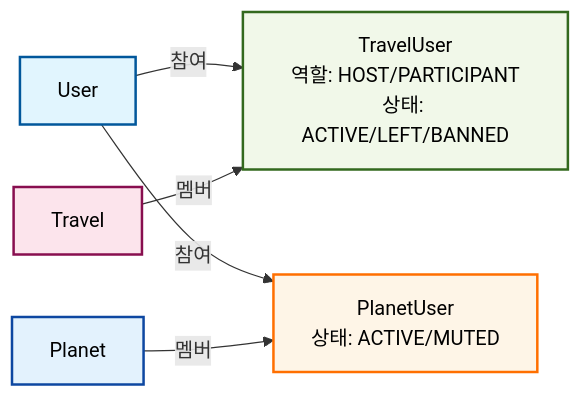
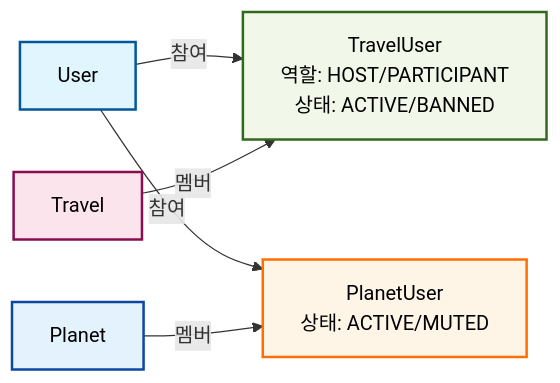
The fourth of 6 diagrams in .md/entity-relationship-diagram.md (maximizest/connecto-nest), drawn with Mermaid before and after one commit. The commit also changed other lines of this file and 3 other files, not shown here.

Commit message:
여행 사용자 엔티티에서 LEFT 상태 제거 및 역할/상태 정의 변경: TravelUser 엔티티의 상태를 ACTIVE/BANNED로 단순화하고, 관련 필드를 제거하여 데이터 모델을 개선함. 마이그레이션 파일을 추가하여 데이터베이스 구조를 업데이트하고, 관련 문서에서 변경 사항을 반영함.

````diff
--- a/.md/entity-relationship-diagram.md
+++ b/.md/entity-relationship-diagram.md
@@ -86,19 +86,19 @@
 ```mermaid
 graph LR
     User[User]
     Travel[Travel]
     Planet[Planet]
-    TravelUser[TravelUser<br/>역할: HOST/PARTICIPANT<br/>상태: ACTIVE/LEFT/BANNED]
+    TravelUser[TravelUser<br/>역할: HOST/PARTICIPANT<br/>상태: ACTIVE/BANNED]
     PlanetUser[PlanetUser<br/>상태: ACTIVE/MUTED]
     
     User -->|참여| TravelUser
     Travel -->|멤버| TravelUser
     User -->|참여| PlanetUser
     Planet -->|멤버| PlanetUser
     
     style User fill:#e1f5fe,stroke:#01579b,stroke-width:2px,color:#000
     style Travel fill:#fce4ec,stroke:#880e4f,stroke-width:2px,color:#000
     style Planet fill:#e3f2fd,stroke:#0d47a1,stroke-width:2px,color:#000
     style TravelUser fill:#f1f8e9,stroke:#33691e,stroke-width:2px,color:#000
     style PlanetUser fill:#fef5e7,stroke:#ff6f00,stroke-width:2px,color:#000
 ```
````
